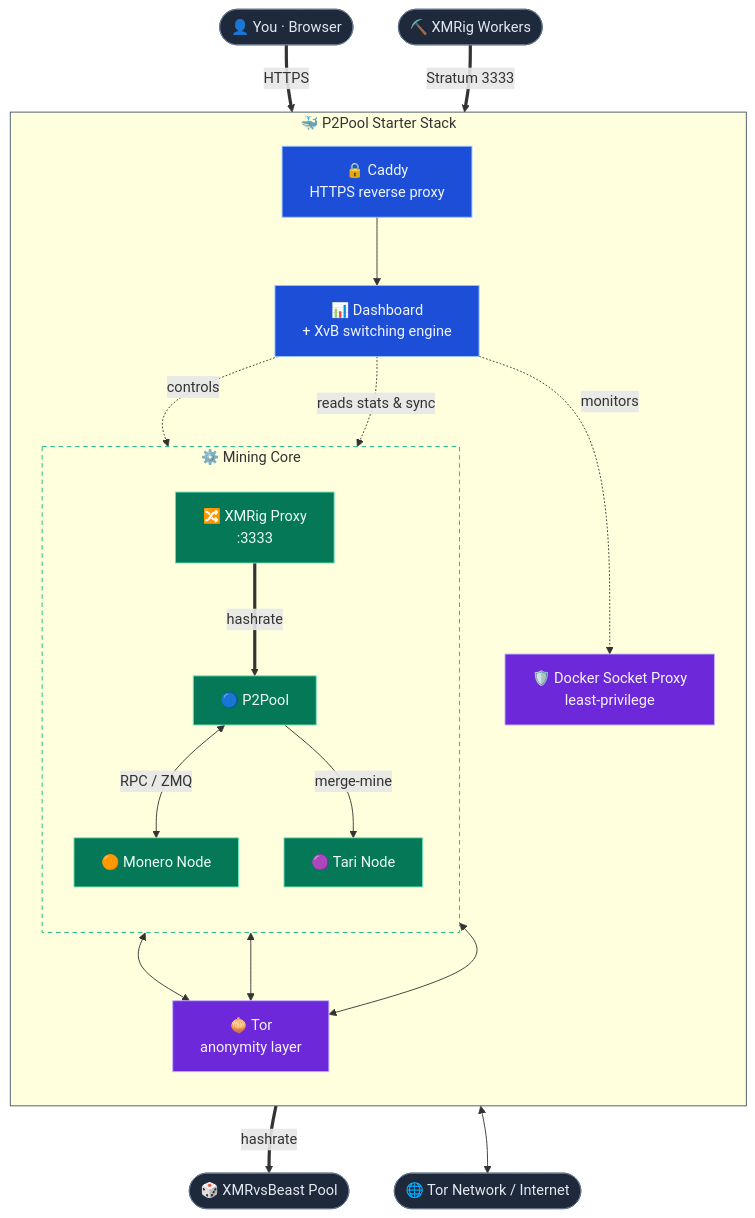
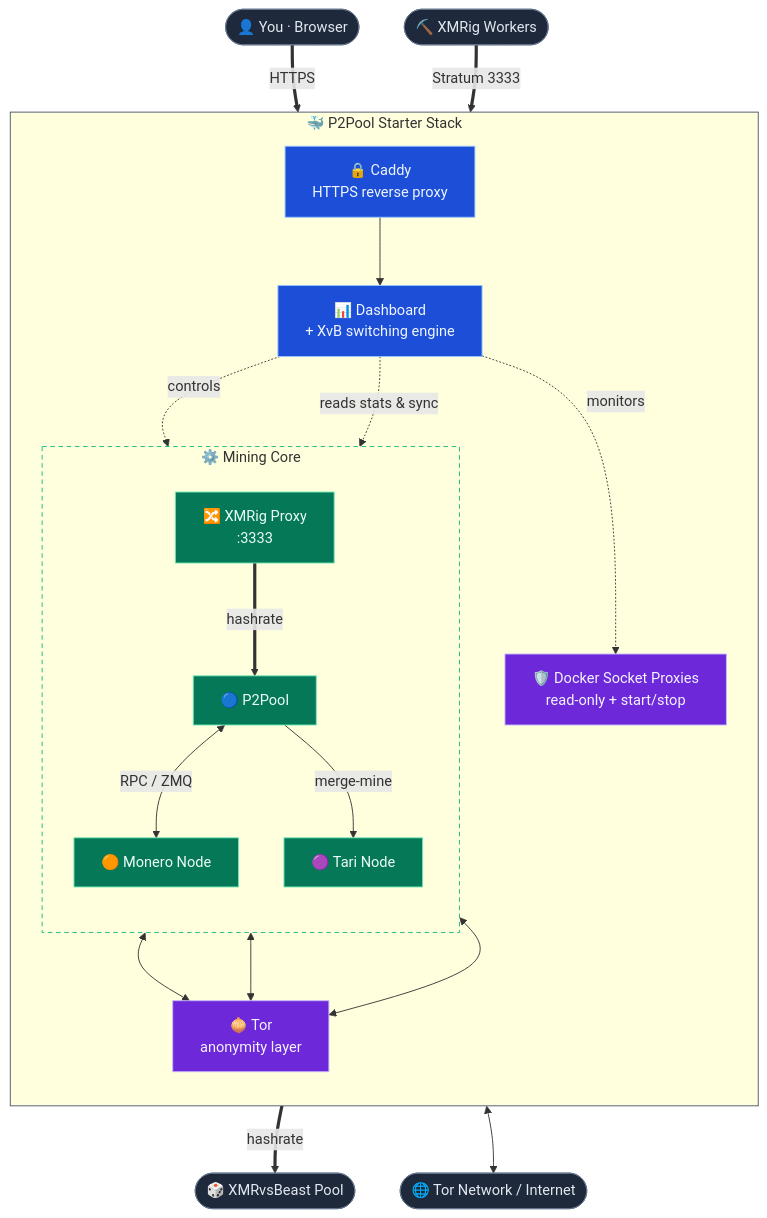
One commit to p2pool-starter-stack/p2pool-starter-stack changed the diagram in README.md. Above: the diagram before and after it, drawn with Mermaid. The commit also changed other lines of this file and 6 other files, not shown here.

````diff
--- a/README.md
+++ b/README.md
@@ -94,57 +95,57 @@
 ```mermaid
 flowchart TB
     %% ── External actors ──
     You(["👤 You · Browser"])
     Workers(["⛏️ XMRig Workers"])
     XvB(["🎲 XMRvsBeast Pool"])
     Net(["🌐 Tor Network / Internet"])
 
     subgraph stack ["🐳 P2Pool Starter Stack"]
         direction TB
 
         Caddy["🔒 Caddy<br/>HTTPS reverse proxy"]
         Dashboard["📊 Dashboard<br/>+ XvB switching engine"]
-        DockerProxy["🛡️ Docker Socket Proxy<br/>least-privilege"]
+        DockerProxy["🛡️ Docker Socket Proxies<br/>read-only + start/stop"]
         Tor["🧅 Tor<br/>anonymity layer"]
 
         subgraph core ["⚙️ Mining Core"]
             direction TB
             Proxy["🔀 XMRig Proxy<br/>:3333"]
             P2Pool["🔵 P2Pool"]
             Monerod["🟠 Monero Node"]
             Tari["🟣 Tari Node"]
         end
     end
 
     You ==>|HTTPS| Caddy
     Caddy --> Dashboard
     Workers ==>|"Stratum 3333"| Proxy
 
     Dashboard -.->|controls| Proxy
     Dashboard -.->|monitors| DockerProxy
     Dashboard -.->|"reads stats & sync"| core
 
     Proxy ==>|hashrate| P2Pool
     Proxy ==>|hashrate| XvB
 
     P2Pool <-->|"RPC / ZMQ"| Monerod
     P2Pool -->|merge-mine| Tari
 
     Monerod <--> Tor
     Tari <--> Tor
     P2Pool <--> Tor
     Tor <--> Net
 
     classDef ext fill:#1e293b,stroke:#64748b,color:#e2e8f0;
     classDef ctrl fill:#1d4ed8,stroke:#93c5fd,color:#eff6ff;
     classDef priv fill:#6d28d9,stroke:#c4b5fd,color:#f5f3ff;
     classDef mine fill:#047857,stroke:#6ee7b7,color:#ecfdf5;
 
     class You,Workers,XvB,Net ext;
     class Caddy,Dashboard ctrl;
     class Tor,DockerProxy priv;
     class Proxy,P2Pool,Monerod,Tari mine;
 
     style stack stroke:#475569,stroke-width:1px;
     style core stroke:#10b981,stroke-width:1px,stroke-dasharray:5 4;
 ```
````
